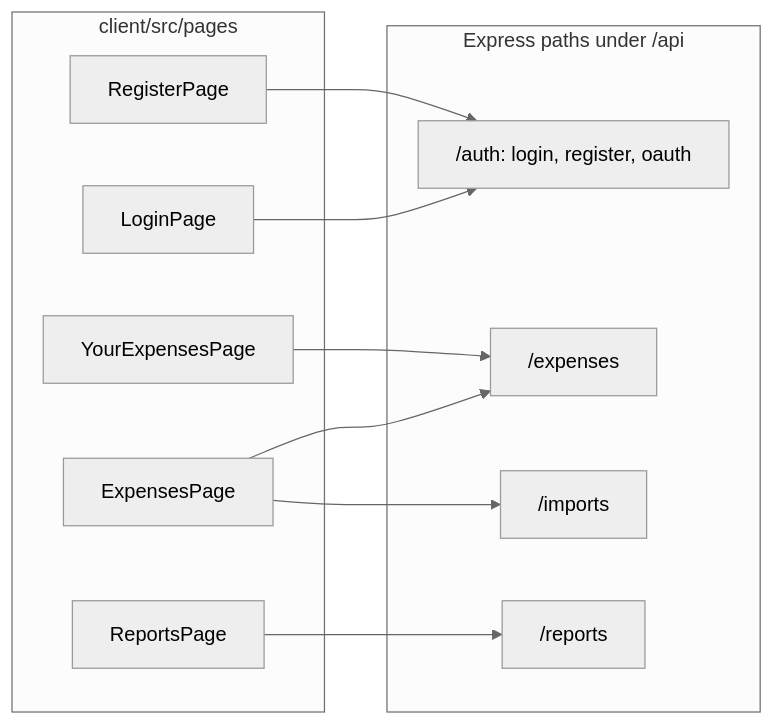
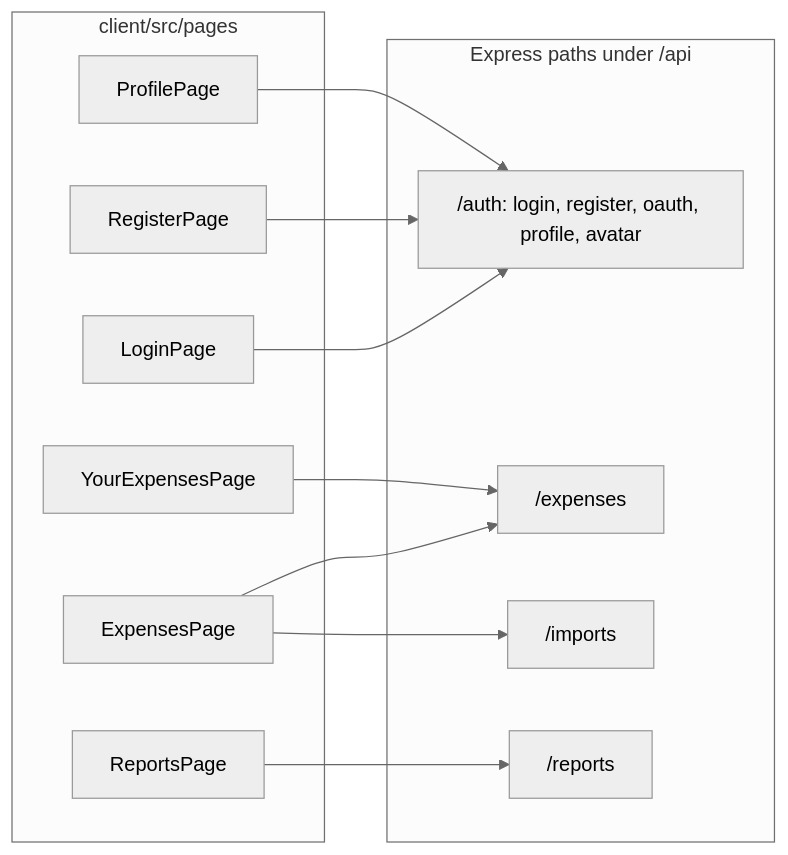
One commit to becomeonewiththecode/expense_tracker changed the seventh of 10 diagrams in docs/ARCHITECTURE_DIAGRAM.md. Above: the diagram before and after it, drawn with Mermaid (neutral theme). The commit also changed other lines of this file and 15 other files, not shown here.

First line of the commit message:
feat: user profile, avatar uploads, SSO password setup

````diff
--- a/docs/ARCHITECTURE_DIAGRAM.md
+++ b/docs/ARCHITECTURE_DIAGRAM.md
@@ -221,23 +221,25 @@
 ```mermaid
 flowchart LR
   subgraph pages [client/src/pages]
     LP[LoginPage]
     RP[RegisterPage]
     EP[ExpensesPage]
     YEP[YourExpensesPage]
     RPg[ReportsPage]
+    PP[ProfilePage]
   end
 
   subgraph api [Express paths under /api]
-    A1["/auth: login, register, oauth"]
+    A1["/auth: login, register, oauth, profile, avatar"]
     A2["/expenses"]
     A3["/imports"]
     A4["/reports"]
   end
 
   LP --> A1
   RP --> A1
+  PP --> A1
   EP --> A2 & A3
   YEP --> A2
   RPg --> A4
 ```
````
